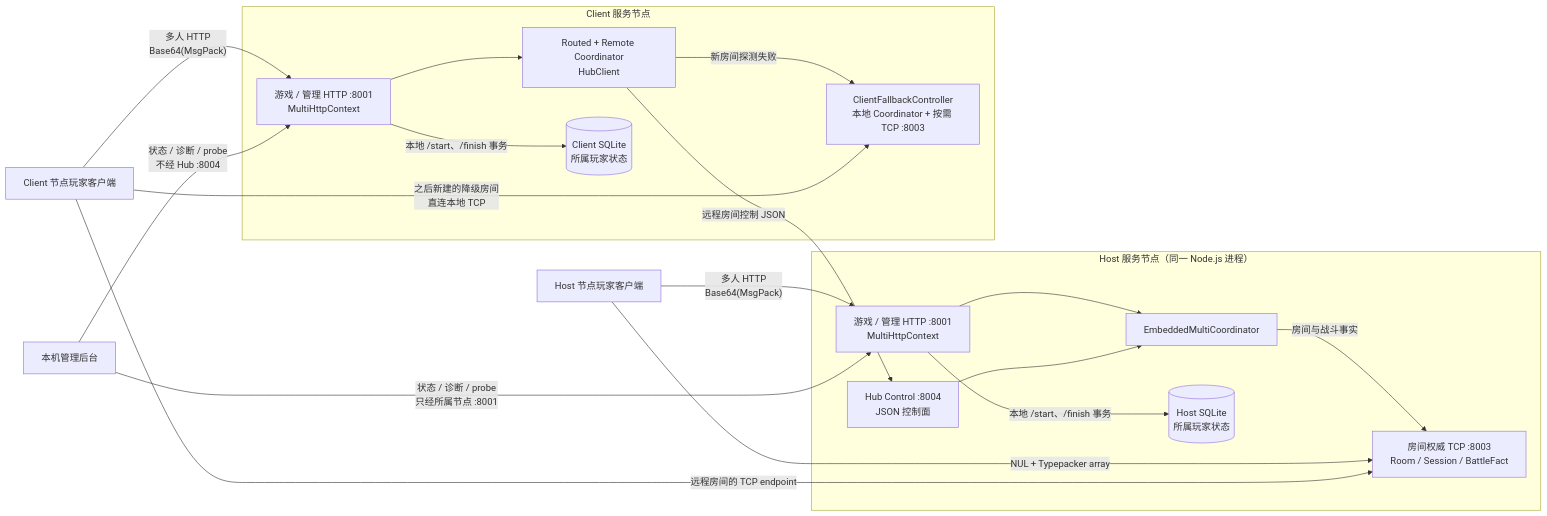
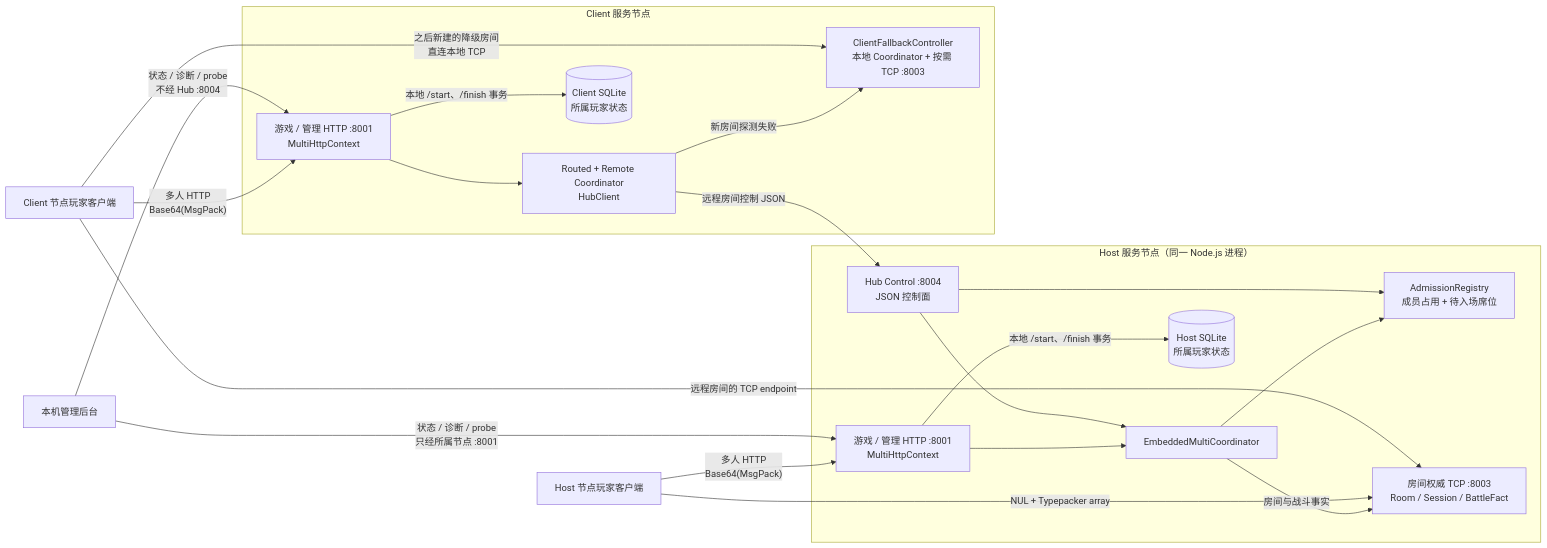
One commit to DontBeAlarmed/startpoint-cn changed the first of 3 diagrams in docs/architecture/multiplayer-current.md. Above: the diagram before and after it, drawn with Mermaid. The commit also changed other lines of this file and 21 other files, not shown here.

````diff
--- a/docs/architecture/multiplayer-current.md
+++ b/docs/architecture/multiplayer-current.md
@@ -7,40 +7,43 @@
 ```mermaid
 flowchart LR
     HC["Host 节点玩家客户端"]
     CC["Client 节点玩家客户端"]
     ADMIN["本机管理后台"]
 
     subgraph HOST["Host 服务节点（同一 Node.js 进程）"]
         HH["游戏 / 管理 HTTP :8001<br/>MultiHttpContext"]
         HE["EmbeddedMultiCoordinator"]
+        HA["AdmissionRegistry<br/>成员占用 + 待入场席位"]
         HUB["Hub Control :8004<br/>JSON 控制面"]
         HT["房间权威 TCP :8003<br/>Room / Session / BattleFact"]
         HDB[("Host SQLite<br/>所属玩家状态")]
     end
 
     subgraph CLIENT["Client 服务节点"]
         CH["游戏 / 管理 HTTP :8001<br/>MultiHttpContext"]
         CR["Routed + Remote Coordinator<br/>HubClient"]
         CF["ClientFallbackController<br/>本地 Coordinator + 按需 TCP :8003"]
         CDB[("Client SQLite<br/>所属玩家状态")]
     end
 
     HC -->|"多人 HTTP<br/>Base64(MsgPack)"| HH
     HH --> HE
+    HE --> HA
     HH -->|"本地 /start、/finish 事务"| HDB
 
     CC -->|"多人 HTTP<br/>Base64(MsgPack)"| CH
     ADMIN -->|"状态 / 诊断 / probe<br/>只经所属节点 :8001"| HH
     ADMIN -->|"状态 / 诊断 / probe<br/>不经 Hub :8004"| CH
     CH --> CR
     CR -->|"远程房间控制 JSON"| HUB
     HUB --> HE
+    HUB --> HA
     CH -->|"本地 /start、/finish 事务"| CDB
 
     HE -->|"房间与战斗事实"| HT
     HC -->|"NUL + Typepacker array"| HT
     CC -->|"远程房间的 TCP endpoint"| HT
 
     CR -->|"新房间探测失败"| CF
     CC -->|"之后新建的降级房间<br/>直连本地 TCP"| CF
 ```
````
